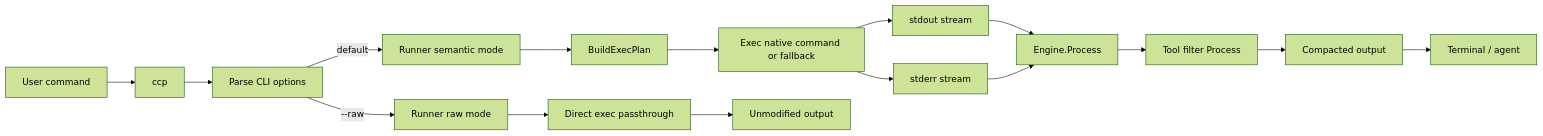
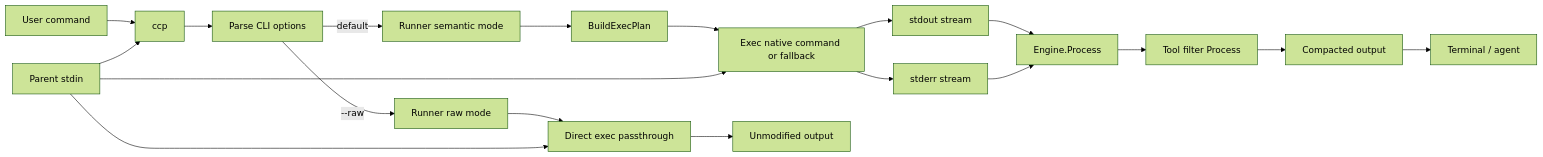
The first of 2 diagrams in ARCHITECTURE.md (SuppieRK/ccp), drawn with Mermaid (forest theme) before and after one commit. The commit also changed other lines of this file and 48 other files, not shown here.

````diff
--- a/ARCHITECTURE.md
+++ b/ARCHITECTURE.md
@@ -29,20 +29,23 @@
 ```mermaid
 flowchart LR
     U[User command] --> C[ccp]
+    IN[Parent stdin] --> C
     C --> O[Parse CLI options]
     O -->|--raw| R0[Runner raw mode]
     O -->|default| R1[Runner semantic mode]
 
     R1 --> P[BuildExecPlan]
     P --> X[Exec native command or fallback]
+    IN --> X
     X --> S1[stdout stream]
     X --> S2[stderr stream]
     S1 --> E[Engine.Process]
     S2 --> E
     E --> F[Tool filter Process]
     F --> OUT[Compacted output]
     OUT --> T[Terminal / agent]
 
     R0 --> XR[Direct exec passthrough]
+    IN --> XR
     XR --> TR[Unmodified output]
 ```
````
